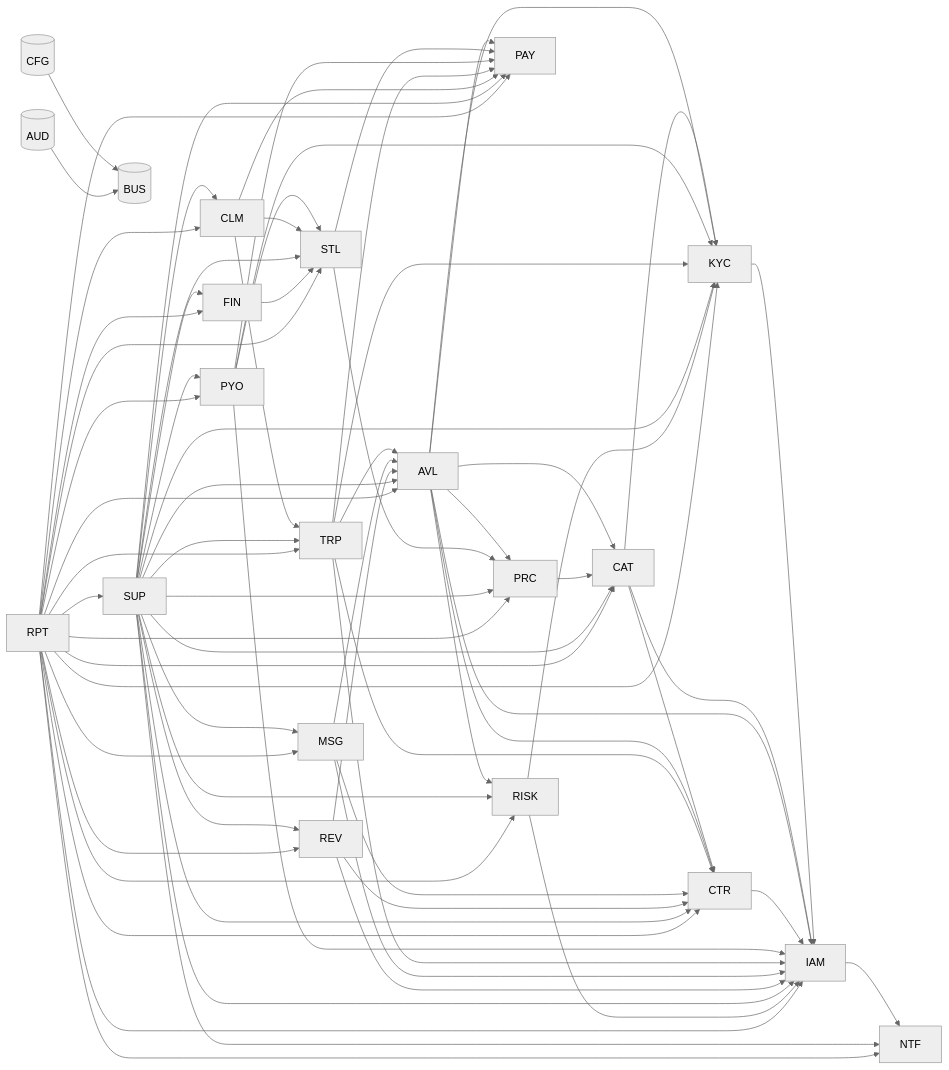
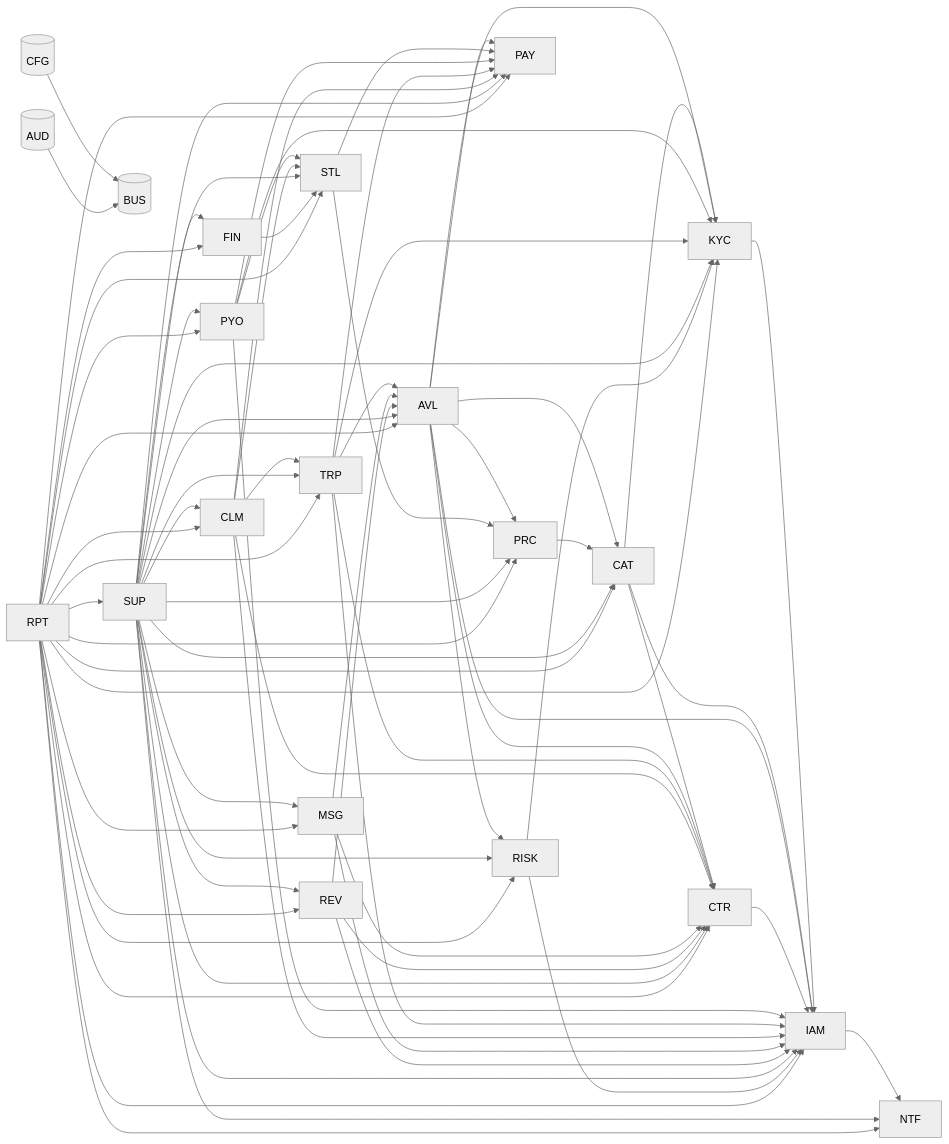
Before and after one commit to Noamgitpty/rueda: the first of 2 diagrams in docs/architecture/modules.md, drawn with Mermaid (neutral theme). The commit also changed other lines of this file and 51 other files, not shown here.

```diff
--- a/docs/architecture/modules.md
+++ b/docs/architecture/modules.md
@@ -60,6 +60,8 @@
   CLM --> TRP
   CLM --> STL
   CLM --> PAY
+  CLM --> IAM
+  CLM --> CTR
   MSG --> IAM
   MSG --> AVL
   MSG --> CTR
```
